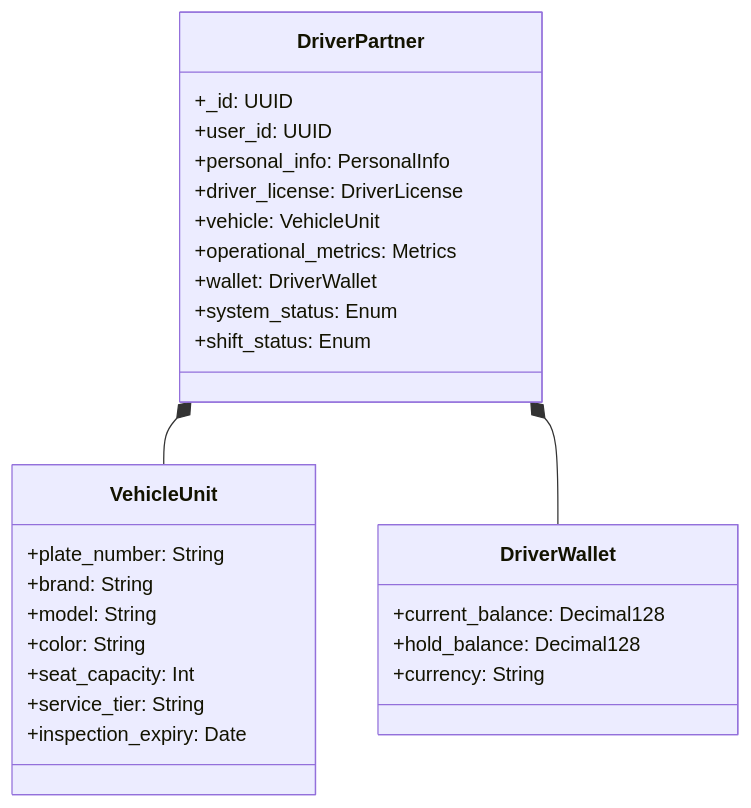
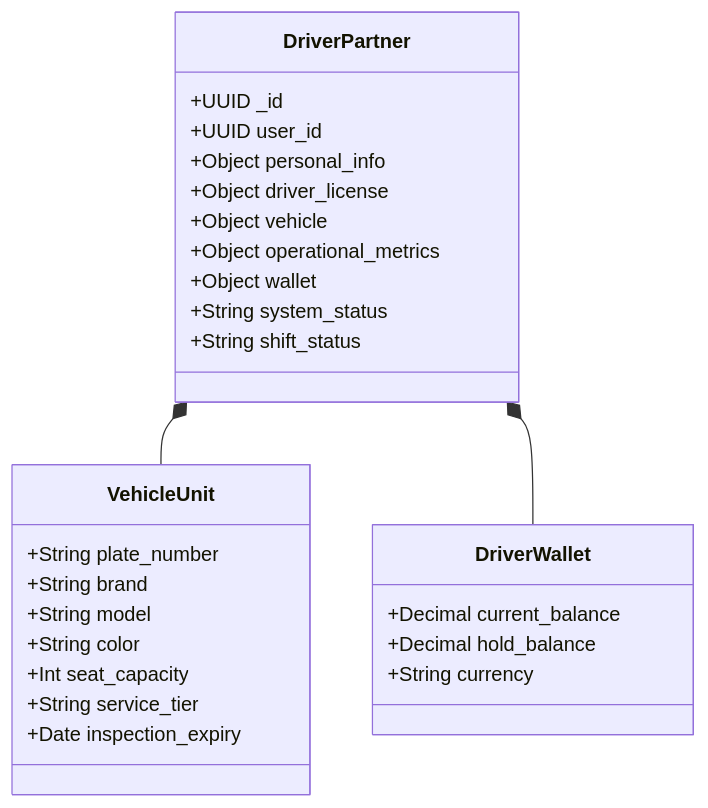
One commit to tuongvi0610/23674171_PhungVoVietTuongVi_CABSYSTEM changed the sixth of 8 diagrams in MicroService_Design.md. Above: the diagram before and after it, drawn with Mermaid. The commit also changed other lines of this file, not shown here.

````diff
--- a/MicroService_Design.md
+++ b/MicroService_Design.md
@@ -416,33 +413,33 @@
 ```mermaid
 classDiagram
     class DriverPartner {
-        +_id: UUID
-        +user_id: UUID
-        +personal_info: PersonalInfo
-        +driver_license: DriverLicense
-        +vehicle: VehicleUnit
-        +operational_metrics: Metrics
-        +wallet: DriverWallet
-        +system_status: Enum
-        +shift_status: Enum
+        +UUID _id
+        +UUID user_id
+        +Object personal_info
+        +Object driver_license
+        +Object vehicle
+        +Object operational_metrics
+        +Object wallet
+        +String system_status
+        +String shift_status
     }
 
     class VehicleUnit {
-        +plate_number: String
-        +brand: String
-        +model: String
-        +color: String
-        +seat_capacity: Int
-        +service_tier: String
-        +inspection_expiry: Date
+        +String plate_number
+        +String brand
+        +String model
+        +String color
+        +Int seat_capacity
+        +String service_tier
+        +Date inspection_expiry
     }
 
     class DriverWallet {
-        +current_balance: Decimal128
-        +hold_balance: Decimal128
-        +currency: String
+        +Decimal current_balance
+        +Decimal hold_balance
+        +String currency
     }
 
     DriverPartner *-- VehicleUnit
     DriverPartner *-- DriverWallet
 ```
````
